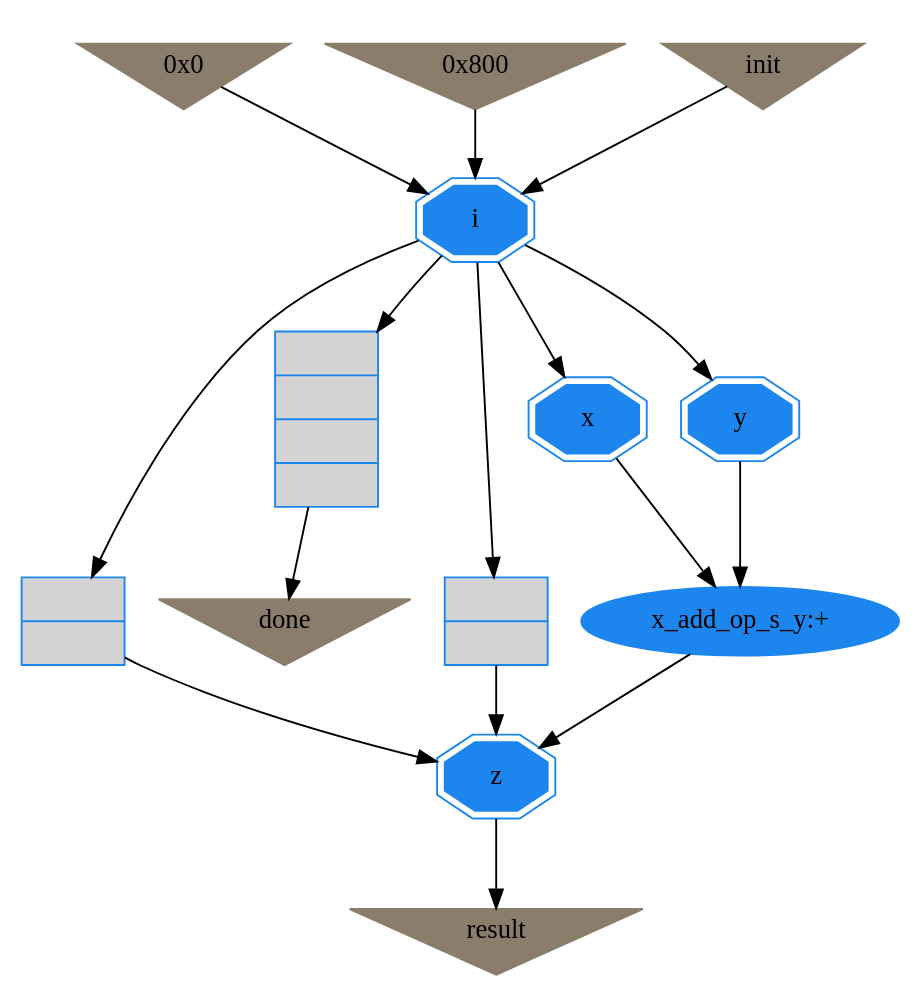
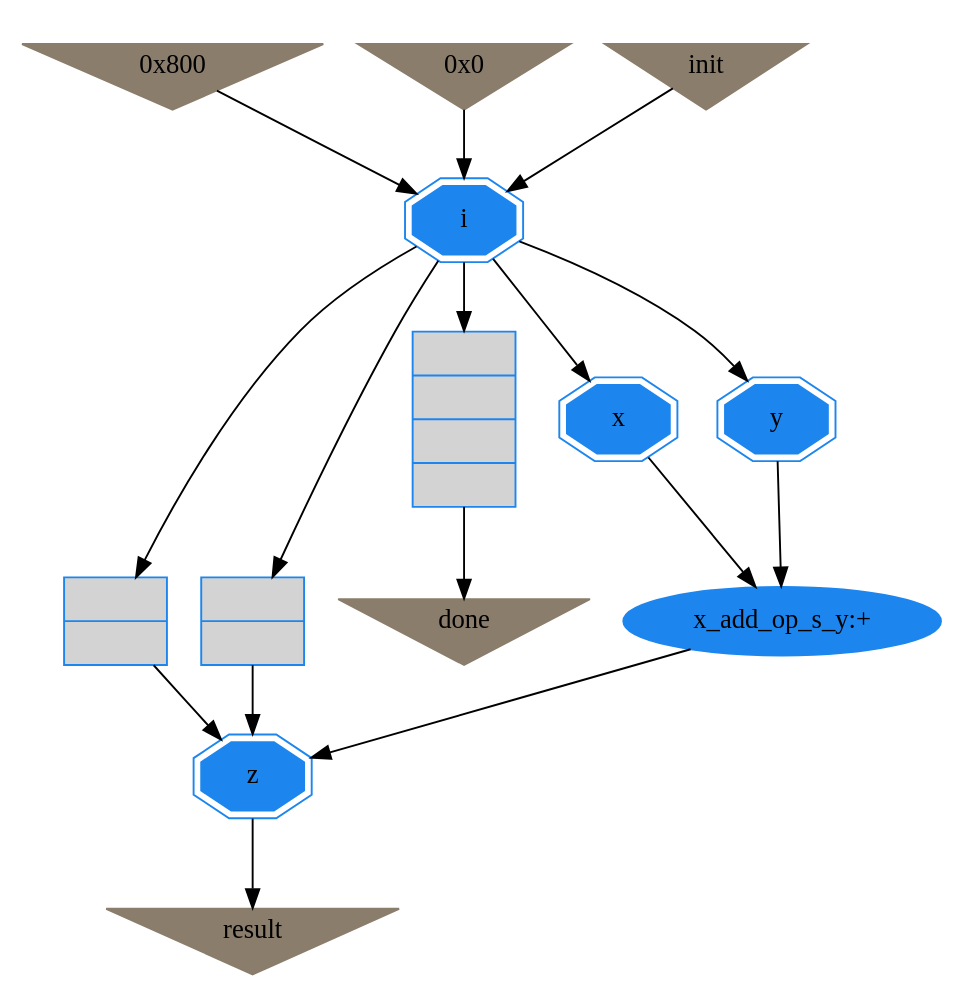
The diagram in branches/Float/trunk/src/br/ufscar/dc/lalp/examples/vecsum/vecsum_sw.dot (menotti/lalp), drawn with Graphviz before and after one commit. The commit also changed other lines of this file and 81 other files, not shown here.

```diff
--- a/branches/Float/trunk/src/br/ufscar/dc/lalp/examples/vecsum/vecsum_sw.dot
+++ b/branches/Float/trunk/src/br/ufscar/dc/lalp/examples/vecsum/vecsum_sw.dot
@@ -1,34 +1,34 @@
 digraph vecsum {
 	// Components (Nodes)
 	node [shape=ellipse, style=filled, color=dodgerblue2];
+	"c14" [label="{|}" shape=record fillcolor=lightgray  color=dodgerblue2 ];
 	"result" [color=bisque4 shape=invtriangle label="result"];
 	"c13" [label="{|}" shape=record fillcolor=lightgray  color=dodgerblue2 ];
+	"c12" [color=bisque4 shape=invtriangle label="0x800"];
 	"c11" [color=bisque4 shape=invtriangle label="0x0"];
 	"c15" [label="{|||}" shape=record fillcolor=lightgray  color=dodgerblue2 ];
-	"c14" [label="{|}" shape=record fillcolor=lightgray  color=dodgerblue2 ];
-	"c12" [color=bisque4 shape=invtriangle label="0x800"];
 	"x_add_op_s_y" [label="x_add_op_s_y:+"  color=dodgerblue2 ];
 	"z" [label="z" shape=doubleoctagon  color=dodgerblue2 ];
 	"x" [label="x" shape=doubleoctagon  color=dodgerblue2 ];
 	"done" [color=bisque4 shape=invtriangle label="done"];
 	"y" [label="y" shape=doubleoctagon  color=dodgerblue2 ];
 	"i" [label="i" shape=doubleoctagon  color=dodgerblue2 ];
 	"init" [color=bisque4 shape=invtriangle label="init"];
 
 	// Signals (Edges)
 	"c11" -> "i"
 	"c14" -> "z"
 	"c13" -> "z"
 	"c15" -> "done"
 	"i" -> "c15":input
 	"i" -> "c13":input
 	"i" -> "c14":input
 	"y" -> "x_add_op_s_y"
 	"z" -> "result"
 	"i" -> "x"
 	"c12" -> "i"
 	"x" -> "x_add_op_s_y"
 	"x_add_op_s_y" -> "z"
 	"i" -> "y"
 	"init" -> "i"
 }
```
